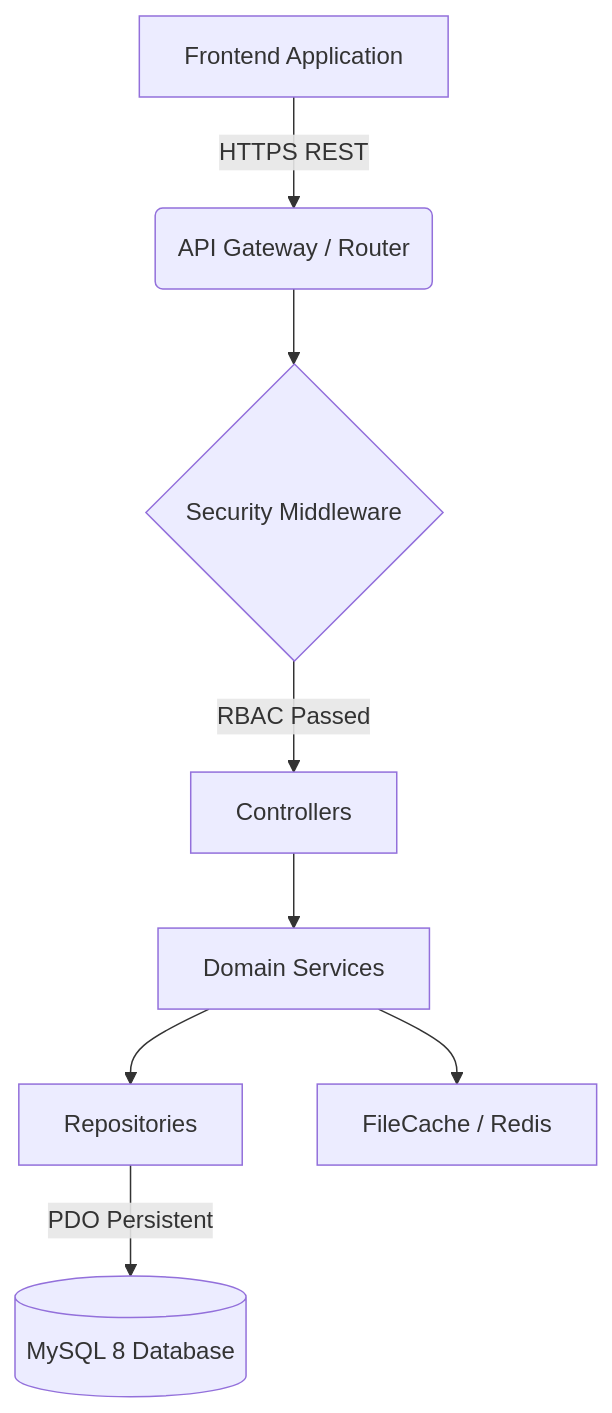
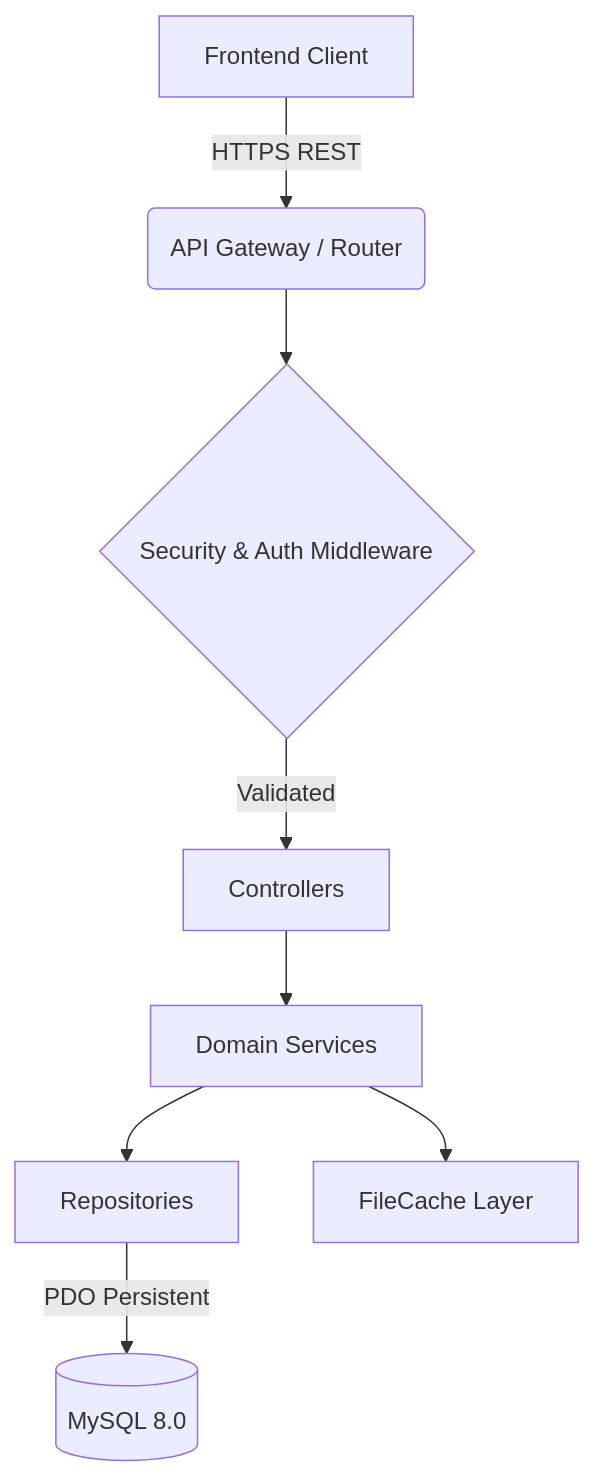
One commit to EL-STRIX/Finzo changed the diagram in docs/01-Architecture/Overview.md. Above: the diagram before and after it, drawn with Mermaid. The commit also changed other lines of this file and 7 other files, not shown here.

First line of the commit message:
docs(Architecture): Phase 2 System Architecture Documentation

````diff
--- a/docs/01-Architecture/Overview.md
+++ b/docs/01-Architecture/Overview.md
@@ -29,10 +76,10 @@
 ```mermaid
 graph TD
-    A[Frontend Application] -->|HTTPS REST| B(API Gateway / Router)
-    B --> C{Security Middleware}
-    C -->|RBAC Passed| D[Controllers]
+    A[Frontend Client] -->|HTTPS REST| B(API Gateway / Router)
+    B --> C{Security & Auth Middleware}
+    C -->|Validated| D[Controllers]
     D --> E[Domain Services]
     E --> F[Repositories]
-    F -->|PDO Persistent| G[(MySQL 8 Database)]
-    E --> H[FileCache / Redis]
+    F -->|PDO Persistent| G[(MySQL 8.0)]
+    E --> H[FileCache Layer]
 ```
````
